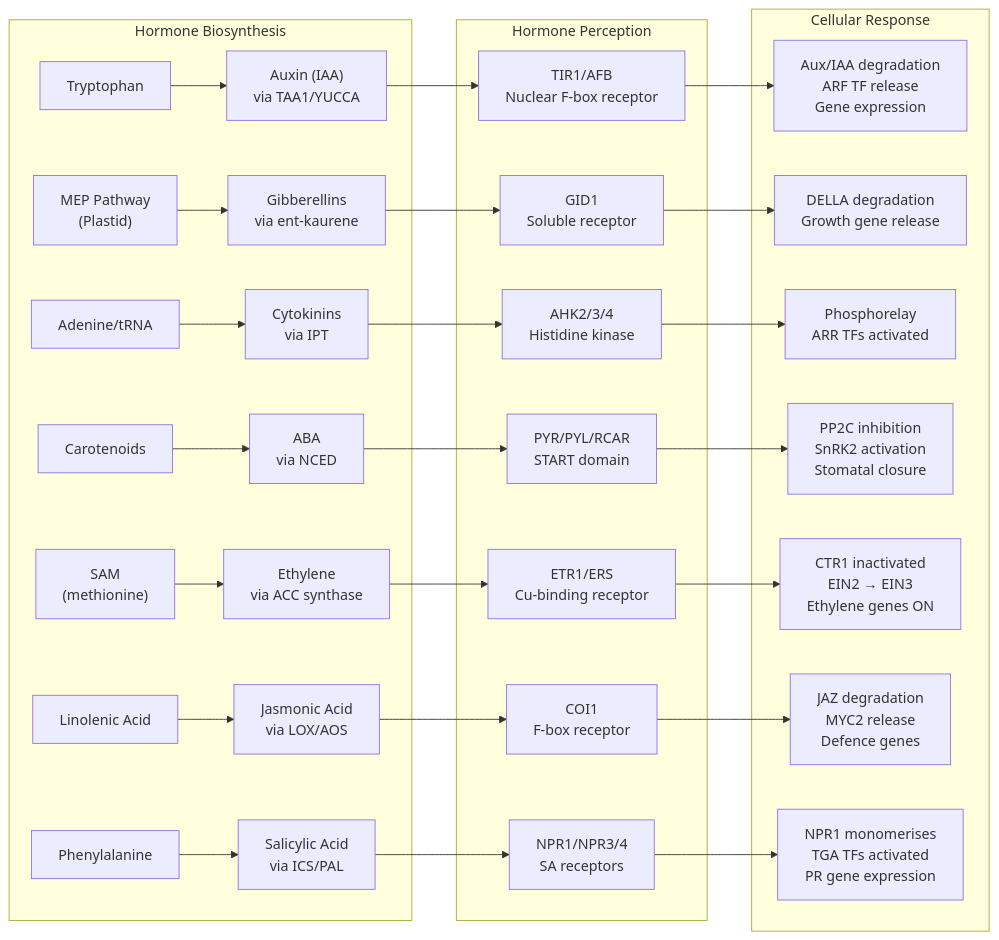
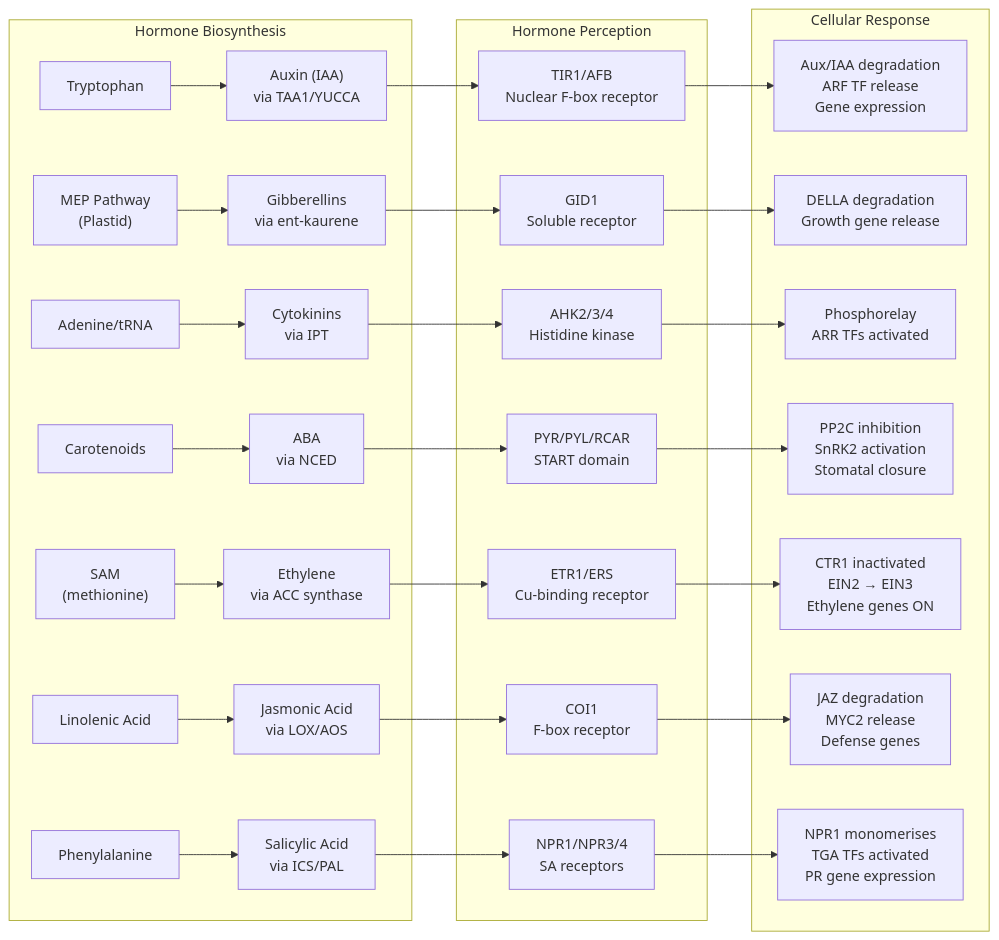
One commit to docxology/biology_textbook changed the first of 4 diagrams in manuscript/unit_VIII/plant_responses.md. Above: the diagram before and after it, drawn with Mermaid. The commit also changed other lines of this file and 247 other files, not shown here.

````diff
--- a/manuscript/unit_VIII/plant_responses.md
+++ b/manuscript/unit_VIII/plant_responses.md
@@ -58,32 +58,32 @@
 ```mermaid
 flowchart LR
     subgraph Biosynthesis ["Hormone Biosynthesis"]
         A1["Tryptophan"] --> A2["Auxin (IAA)<br/>via TAA1/YUCCA"]
         A3["MEP Pathway<br/>(Plastid)"] --> A4["Gibberellins<br/>via ent-kaurene"]
         A5["Adenine/tRNA"] --> A6["Cytokinins<br/>via IPT"]
         A7["Carotenoids"] --> A8["ABA<br/>via NCED"]
         A9["SAM<br/>(methionine)"] --> A10["Ethylene<br/>via ACC synthase"]
         A11["Linolenic Acid"] --> A12["Jasmonic Acid<br/>via LOX/AOS"]
         A13["Phenylalanine"] --> A14["Salicylic Acid<br/>via ICS/PAL"]
     end
 
     subgraph Perception ["Hormone Perception"]
         A2 --> P1["TIR1/AFB<br/>Nuclear F-box receptor"]
         A4 --> P2["GID1<br/>Soluble receptor"]
         A6 --> P3["AHK2/3/4<br/>Histidine kinase"]
         A8 --> P4["PYR/PYL/RCAR<br/>START domain"]
         A10 --> P5["ETR1/ERS<br/>Cu-binding receptor"]
         A12 --> P6["COI1<br/>F-box receptor"]
         A14 --> P7["NPR1/NPR3/4<br/>SA receptors"]
     end
 
     subgraph Response ["Cellular Response"]
         P1 --> R1["Aux/IAA degradation<br/>ARF TF release<br/>Gene expression"]
         P2 --> R2["DELLA degradation<br/>Growth gene release"]
         P3 --> R3["Phosphorelay<br/>ARR TFs activated"]
         P4 --> R4["PP2C inhibition<br/>SnRK2 activation<br/>Stomatal closure"]
         P5 --> R5["CTR1 inactivated<br/>EIN2 → EIN3<br/>Ethylene genes ON"]
-        P6 --> R6["JAZ degradation<br/>MYC2 release<br/>Defence genes"]
+        P6 --> R6["JAZ degradation<br/>MYC2 release<br/>Defense genes"]
         P7 --> R7["NPR1 monomerises<br/>TGA TFs activated<br/>PR gene expression"]
     end
 ```
````
